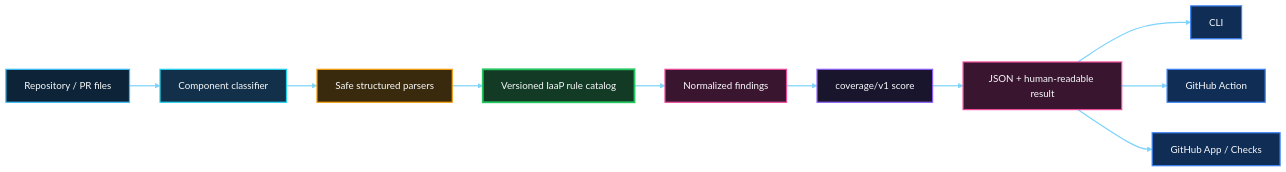
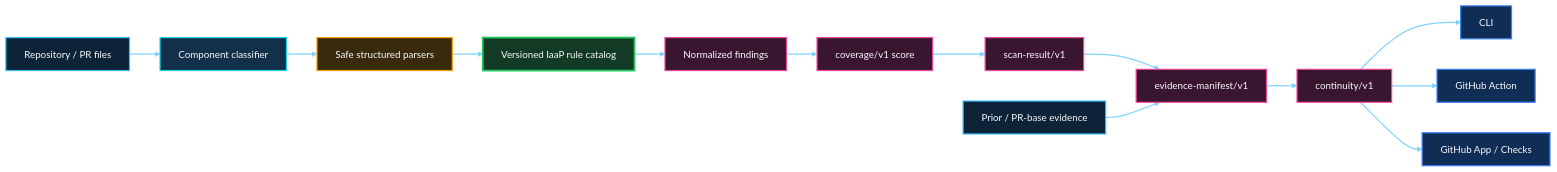
One commit to SAABOLImpactVenture/iaap-guard changed the diagram in README.md. Above: the diagram before and after it, drawn with Mermaid. The commit also changed other lines of this file, not shown here.

Commit message:
docs: make Evidence Continuity first-class in README

````diff
--- a/README.md
+++ b/README.md
@@ -33,28 +47,29 @@
 ```mermaid
 flowchart LR
   REPO[Repository / PR files] --> CLASS[Component classifier]
   CLASS --> PARSE[Safe structured parsers]
   PARSE --> RULES[Versioned IaaP rule catalog]
   RULES --> FIND[Normalized findings]
   FIND --> SCORE[coverage/v1 score]
-  SCORE --> RESULT[JSON + human-readable result]
-  RESULT --> CLI[CLI]
-  RESULT --> ACTION[GitHub Action]
-  RESULT --> APP[GitHub App / Checks]
+  SCORE --> SCAN[scan-result/v1]
+  SCAN --> EVID[evidence-manifest/v1]
+  BASE[Prior / PR-base evidence] --> EVID
+  EVID --> CONT[continuity/v1]
+  CONT --> CLI[CLI]
+  CONT --> ACTION[GitHub Action]
+  CONT --> APP[GitHub App / Checks]
 
   classDef input fill:#0D2438,stroke:#38BDF8,stroke-width:2px,color:#F8FAFC
   classDef classifier fill:#12304A,stroke:#22D3EE,stroke-width:2px,color:#F8FAFC
   classDef governance fill:#3A2A0D,stroke:#F59E0B,stroke-width:2px,color:#F8FAFC
   classDef rules fill:#123A24,stroke:#22C55E,stroke-width:3px,color:#F8FAFC
   classDef evidence fill:#3A1530,stroke:#EC4899,stroke-width:2px,color:#F8FAFC
-  classDef scoring fill:#18152D,stroke:#8B5CF6,stroke-width:2px,color:#F8FAFC
   classDef adapter fill:#102D55,stroke:#3B82F6,stroke-width:2px,color:#F8FAFC
-  class REPO input
+  class REPO,BASE input
   class CLASS classifier
   class PARSE governance
   class RULES rules
-  class FIND,RESULT evidence
-  class SCORE scoring
+  class FIND,SCORE,SCAN,EVID,CONT evidence
   class CLI,ACTION,APP adapter
   linkStyle default stroke:#7DD3FC,stroke-width:2px
 ```
````
